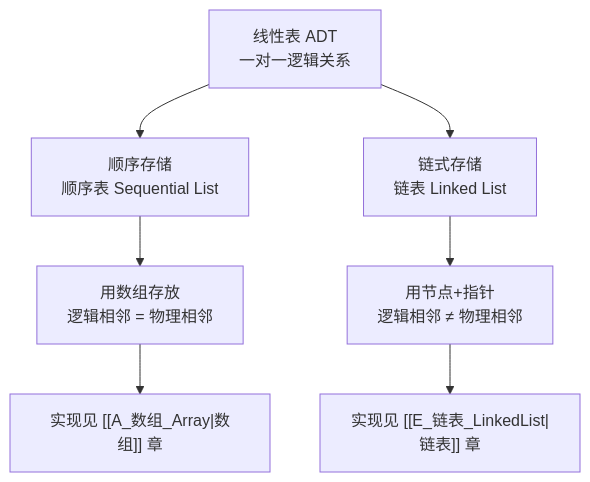
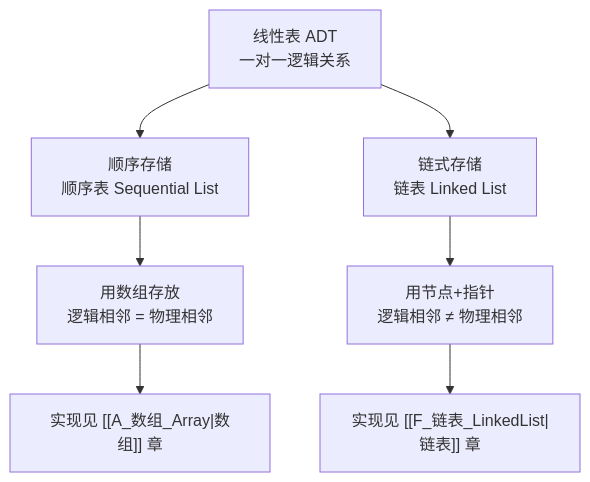
One commit to missercatos/RootStack changed the second of 2 diagrams in 数据结构/C_线性表_LinearList.md. Above: the diagram before and after it, drawn with Mermaid. The commit also changed other lines of this file and 92 other files, not shown here.

````diff
--- a/数据结构/C_线性表_LinearList.md
+++ b/数据结构/C_线性表_LinearList.md
@@ -99,9 +99,9 @@
 ```mermaid
 flowchart TD
     L["线性表 ADT<br/>一对一逻辑关系"] --> S["顺序存储<br/>顺序表 Sequential List"]
     L --> C["链式存储<br/>链表 Linked List"]
     S --> S1["用数组存放<br/>逻辑相邻 = 物理相邻"]
     C --> C1["用节点+指针<br/>逻辑相邻 ≠ 物理相邻"]
     S1 --> SA["实现见 [[A_数组_Array|数组]] 章"]
-    C1 --> CA["实现见 [[E_链表_LinkedList|链表]] 章"]
+    C1 --> CA["实现见 [[F_链表_LinkedList|链表]] 章"]
 ```
````
